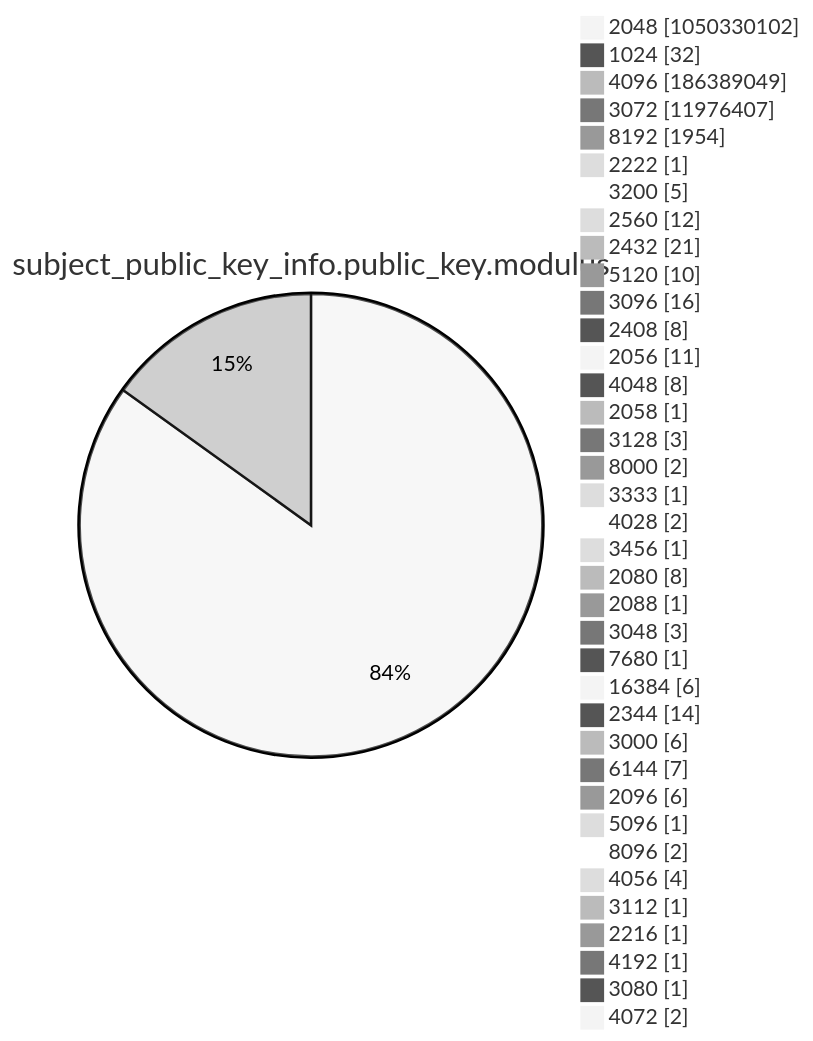
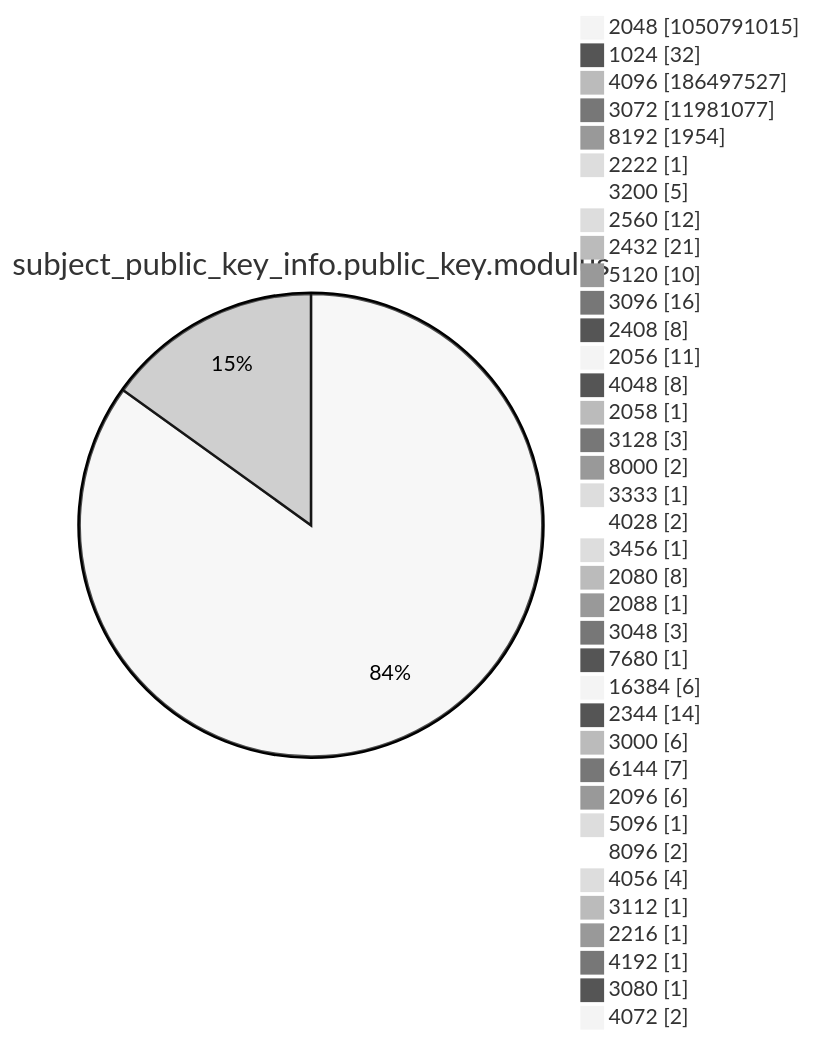
One commit to christiankrug/ctmonitor_visualization changed diagram 13 of 15 in argon2022/README.md. Above: the diagram before and after it, drawn with Mermaid (neutral theme). The commit also changed other lines of this file, not shown here.

````diff
--- a/argon2022/README.md
+++ b/argon2022/README.md
@@ -3589,41 +3589,41 @@
 ```mermaid
 pie showData
 title subject_public_key_info.public_key.modulus
-"2048" :1050330102
+"2048" :1050791015
 "1024" :32
-"4096" :186389049
-"3072" :11976407
+"4096" :186497527
+"3072" :11981077
 "8192" :1954
 "2222" :1
 "3200" :5
 "2560" :12
 "2432" :21
 "5120" :10
 "3096" :16
 "2408" :8
 "2056" :11
 "4048" :8
 "2058" :1
 "3128" :3
 "8000" :2
 "3333" :1
 "4028" :2
 "3456" :1
 "2080" :8
 "2088" :1
 "3048" :3
 "7680" :1
 "16384" :6
 "2344" :14
 "3000" :6
 "6144" :7
 "2096" :6
 "5096" :1
 "8096" :2
 "4056" :4
 "3112" :1
 "2216" :1
 "4192" :1
 "3080" :1
 "4072" :2
 ```
````
